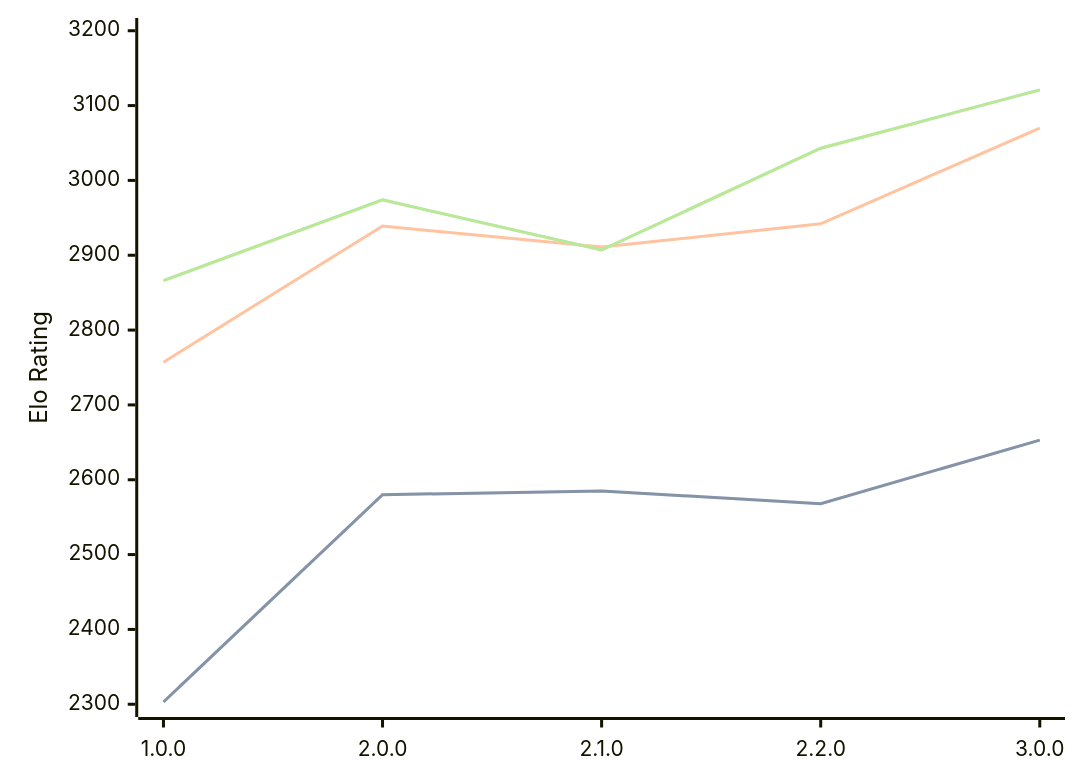
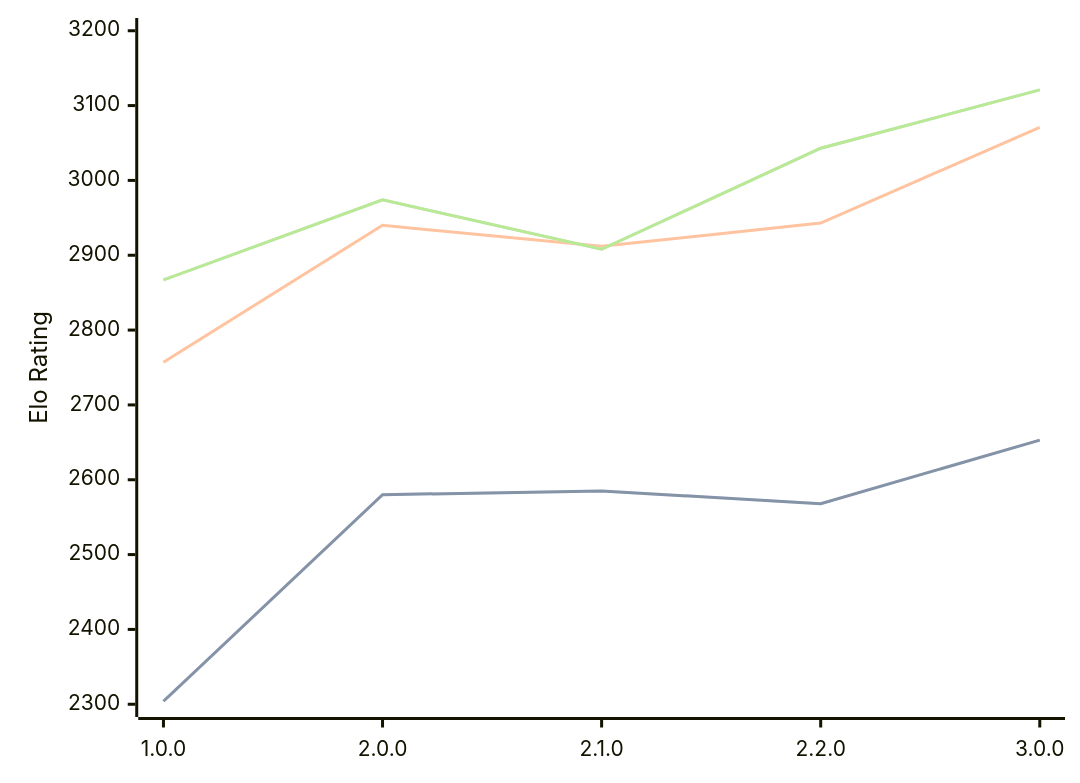
Before and after one commit to computer-chess-index/cci: the first of 3 diagrams in engines/Catalyst.md, drawn with Mermaid. The commit also changed other lines of this file, not shown here.

Commit message:
Update CCI Ratings (ELO VLTC) - 2026-07-09

````diff
--- a/engines/Catalyst.md
+++ b/engines/Catalyst.md
@@ -36,11 +36,11 @@
 ```mermaid
 %%{init: {"theme":"base","themeVariables":{"seriesColors:['#a3a3a3','#222221','#faa371']}}}%%
 xychart-beta
   x-axis ["1.0.0", "2.0.0", "2.1.0", "2.2.0", "3.0.0"]
   y-axis "Elo Rating" 2300 --> 3200
-  line "STC (8.0+0.08s)" [2303, 2580, 2585, 2568, 2653]
-  line "STC (8.0+0.08s)" [2303, 2580, 2585, 2568, 2653]
-  line "LTC (60.0+0.60s)" [2757, 2939, 2911, 2942, 3070]
-  line "VLTC (2m24s+1.12s)" [2866, 2974, 2907, 3043, 3121]
-  line "VLTC (2m24s+1.12s)" [2866, 2974, 2907, 3043, 3121]
+  line "STC (8.0+0.08s)" [2304, 2580, 2585, 2568, 2653]
+  line "STC (8.0+0.08s)" [2304, 2580, 2585, 2568, 2653]
+  line "LTC (60.0+0.60s)" [2757, 2940, 2912, 2943, 3071]
+  line "VLTC (2m24s+1.12s)" [2867, 2974, 2908, 3043, 3121]
+  line "VLTC (2m24s+1.12s)" [2867, 2974, 2908, 3043, 3121]
 ```
````
